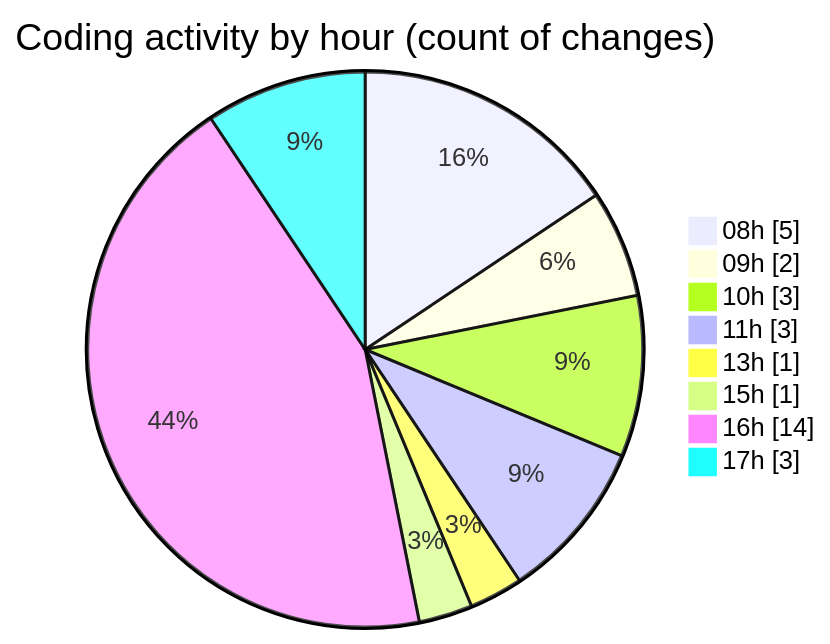
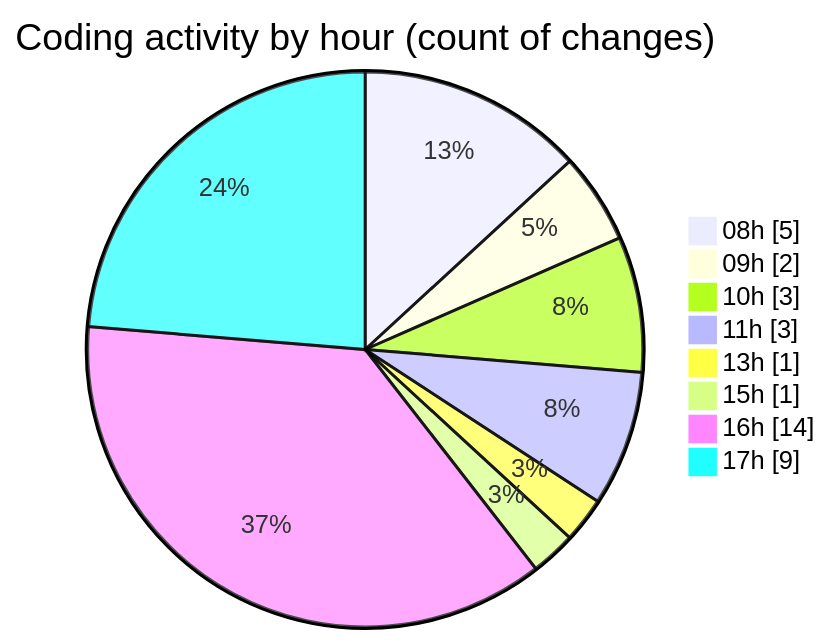
One commit to julien-gomy/code-tracking changed the second of 2 diagrams in 2025-10-27/eventscop-frontend-guide__workspace_/README.md. Above: the diagram before and after it, drawn with Mermaid. The commit also changed other lines of this file and 1 other file, not shown here.

````diff
--- a/2025-10-27/eventscop-frontend-guide__workspace_/README.md
+++ b/2025-10-27/eventscop-frontend-guide__workspace_/README.md
@@ -39,12 +40,12 @@
 ```mermaid
 pie showData
 title Coding activity by hour (count of changes)
 "08h" : 5
 "09h" : 2
 "10h" : 3
 "11h" : 3
 "13h" : 1
 "15h" : 1
 "16h" : 14
-"17h" : 3
+"17h" : 9
 ```
````
